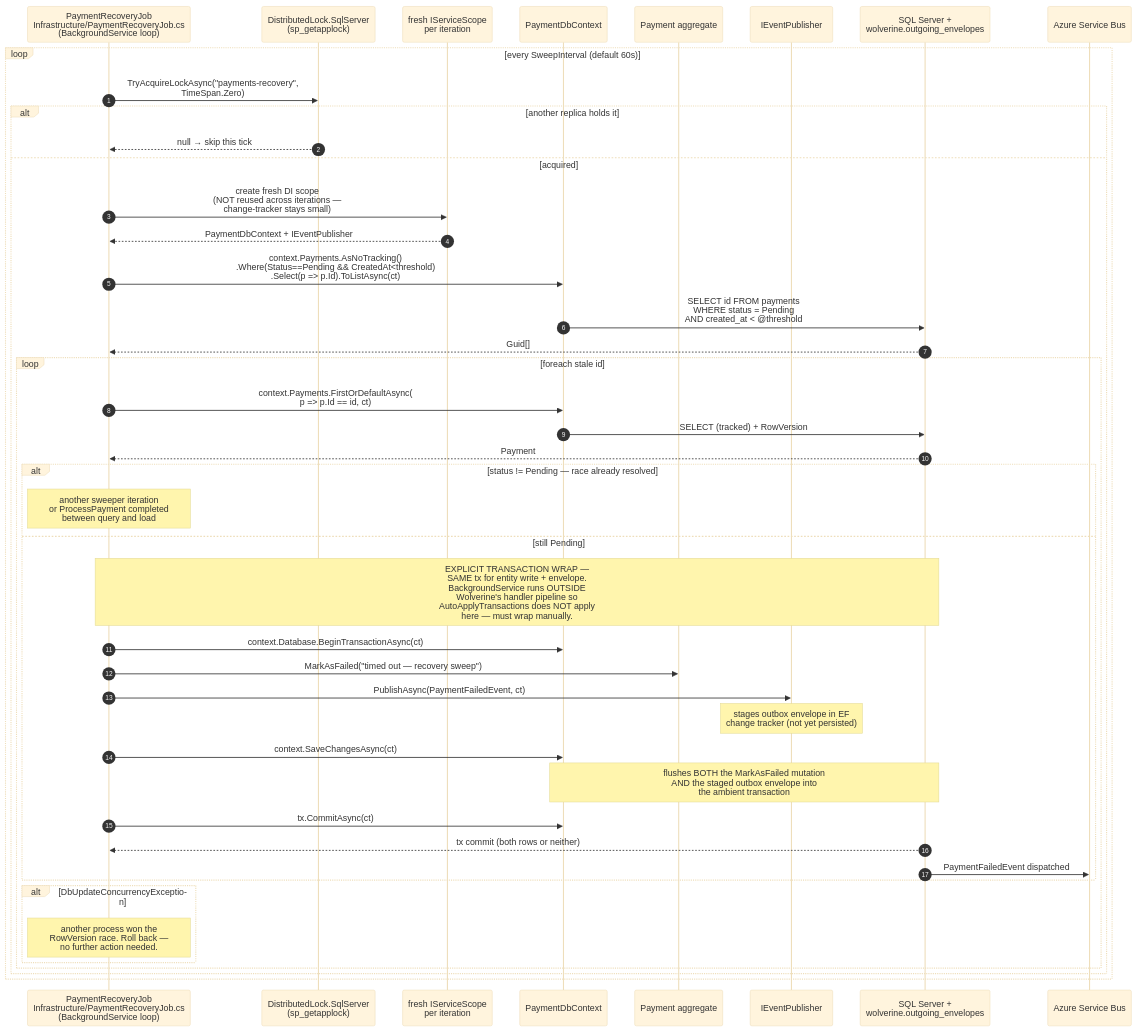
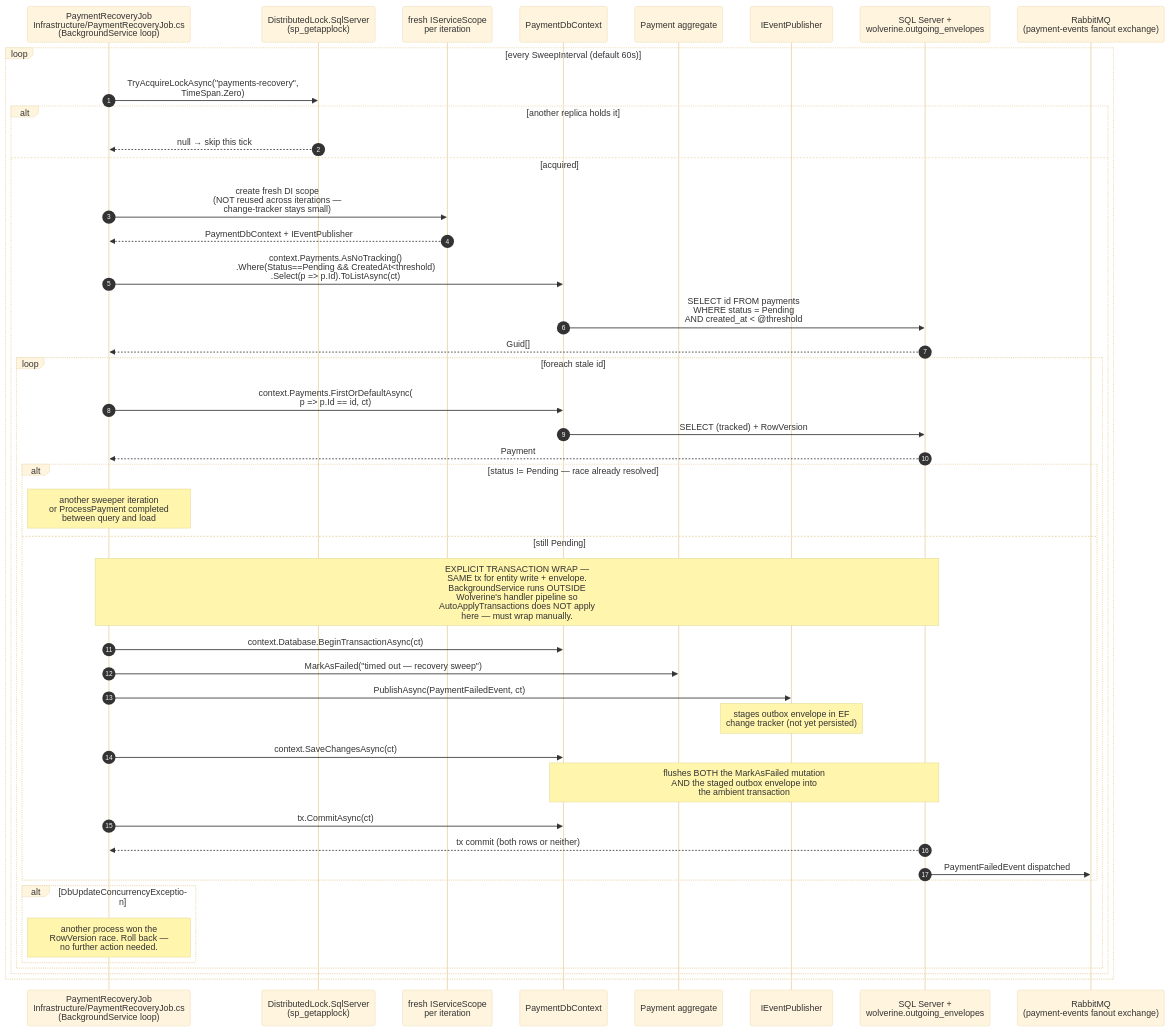
One commit to emeraldleaf/NextAurora changed the third of 4 diagrams in docs/code-flows/paymentservice.md. Above: the diagram before and after it, drawn with Mermaid (base theme). The commit also changed other lines of this file and 55 other files, not shown here.

````diff
--- a/docs/code-flows/paymentservice.md
+++ b/docs/code-flows/paymentservice.md
@@ -108,50 +108,50 @@
 ```mermaid
 sequenceDiagram
     autonumber
     participant Tick as PaymentRecoveryJob<br/>Infrastructure/PaymentRecoveryJob.cs<br/>(BackgroundService loop)
     participant Lock as DistributedLock.SqlServer<br/>(sp_getapplock)
     participant Scope as fresh IServiceScope<br/>per iteration
     participant Ctx as PaymentDbContext
     participant Agg as Payment aggregate
     participant Pub as IEventPublisher
     participant DB as SQL Server +<br/>wolverine.outgoing_envelopes
-    participant ASB as Azure Service Bus
+    participant MQ as RabbitMQ<br/>(payment-events fanout exchange)
 
     loop every SweepInterval (default 60s)
         Tick->>Lock: TryAcquireLockAsync("payments-recovery",<br/>TimeSpan.Zero)
         alt another replica holds it
             Lock-->>Tick: null → skip this tick
         else acquired
             Tick->>Scope: create fresh DI scope<br/>(NOT reused across iterations —<br/>change-tracker stays small)
             Scope-->>Tick: PaymentDbContext + IEventPublisher
             Tick->>Ctx: context.Payments.AsNoTracking()<br/>.Where(Status==Pending && CreatedAt<threshold)<br/>.Select(p => p.Id).ToListAsync(ct)
             Ctx->>DB: SELECT id FROM payments<br/>WHERE status = Pending<br/>AND created_at < @threshold
             DB-->>Tick: Guid[]
 
             loop foreach stale id
                 Tick->>Ctx: context.Payments.FirstOrDefaultAsync(<br/>  p => p.Id == id, ct)
                 Ctx->>DB: SELECT (tracked) + RowVersion
                 DB-->>Tick: Payment
 
                 alt status != Pending — race already resolved
                     Note over Tick: another sweeper iteration<br/>or ProcessPayment completed<br/>between query and load
                 else still Pending
                     Note over Tick,DB: EXPLICIT TRANSACTION WRAP —<br/>SAME tx for entity write + envelope.<br/>BackgroundService runs OUTSIDE<br/>Wolverine's handler pipeline so<br/>AutoApplyTransactions does NOT apply<br/>here — must wrap manually.
                     Tick->>Ctx: context.Database.BeginTransactionAsync(ct)
                     Tick->>Agg: MarkAsFailed("timed out — recovery sweep")
                     Tick->>Pub: PublishAsync(PaymentFailedEvent, ct)
                     Note over Pub: stages outbox envelope in EF<br/>change tracker (not yet persisted)
                     Tick->>Ctx: context.SaveChangesAsync(ct)
                     Note over Ctx,DB: flushes BOTH the MarkAsFailed mutation<br/>AND the staged outbox envelope into<br/>the ambient transaction
                     Tick->>Ctx: tx.CommitAsync(ct)
                     DB-->>Tick: tx commit (both rows or neither)
-                    DB->>ASB: PaymentFailedEvent dispatched
+                    DB->>MQ: PaymentFailedEvent dispatched
                 end
 
                 alt DbUpdateConcurrencyException
                     Note over Tick: another process won the<br/>RowVersion race. Roll back —<br/>no further action needed.
                 end
             end
         end
     end
 ```
````
